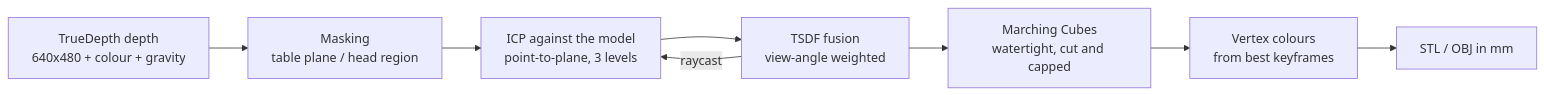
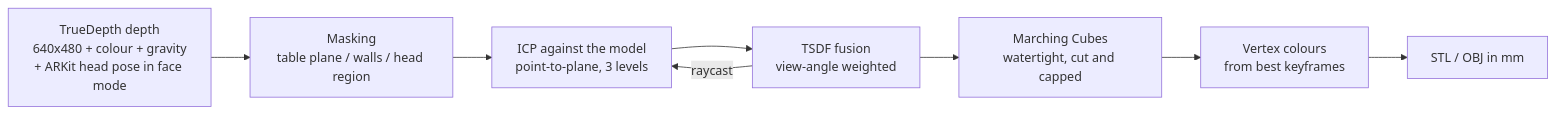
The diagram in README.md (tusharfc/Depth2Print), drawn with Mermaid before and after one commit. The commit also changed other lines of this file, not shown here.

Commit message:
README: Face ID-style face scanning in any posture

````diff
--- a/README.md
+++ b/README.md
@@ -43,10 +43,10 @@
 ```mermaid
 flowchart LR
-    A[TrueDepth depth<br/>640x480 + colour + gravity] --> B[Masking<br/>table plane / head region]
+    A[TrueDepth depth<br/>640x480 + colour + gravity<br/>+ ARKit head pose in face mode] --> B[Masking<br/>table plane / walls / head region]
     B --> C[ICP against the model<br/>point-to-plane, 3 levels]
     C --> D[TSDF fusion<br/>view-angle weighted]
     D -->|raycast| C
     D --> E[Marching Cubes<br/>watertight, cut and capped]
     E --> F[Vertex colours<br/>from best keyframes]
     F --> G[STL / OBJ in mm]
 ```
````
